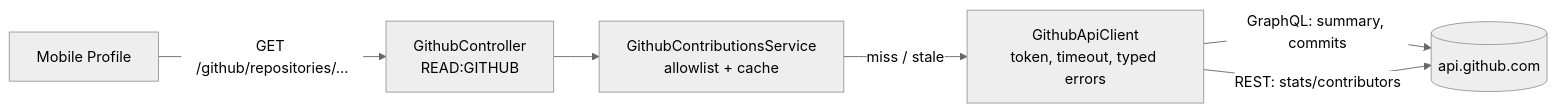
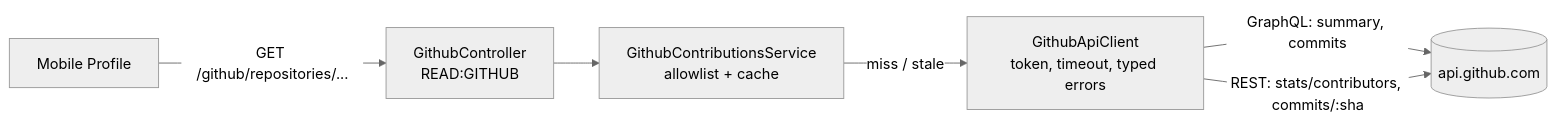
One commit to patelzz007/nestjs-nextjs-turborepo-starter-kit changed the diagram in docs/technical/github-contributions.md. Above: the diagram before and after it, drawn with Mermaid (neutral theme). The commit also changed other lines of this file and 49 other files, not shown here.

````diff
--- a/docs/technical/github-contributions.md
+++ b/docs/technical/github-contributions.md
@@ -19,8 +19,8 @@
 ```mermaid
 flowchart LR
     M[Mobile Profile] -->|GET /github/repositories/...| A[GithubController<br/>READ:GITHUB]
     A --> S[GithubContributionsService<br/>allowlist + cache]
     S -->|miss / stale| C[GithubApiClient<br/>token, timeout, typed errors]
     C -->|GraphQL: summary, commits| G[(api.github.com)]
-    C -->|REST: stats/contributors| G
+    C -->|REST: stats/contributors, commits/:sha| G
 ```
````
